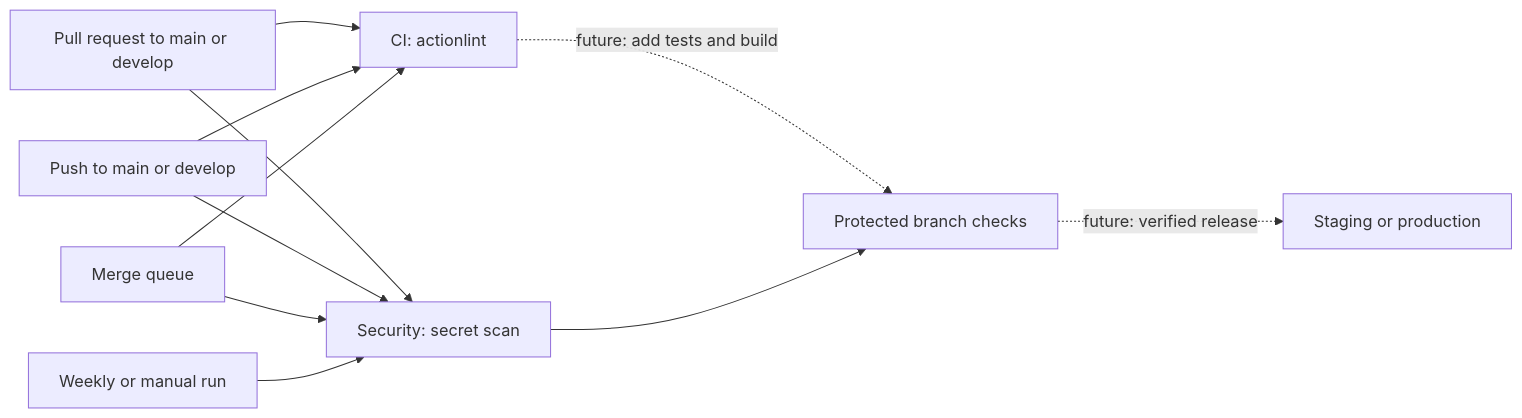
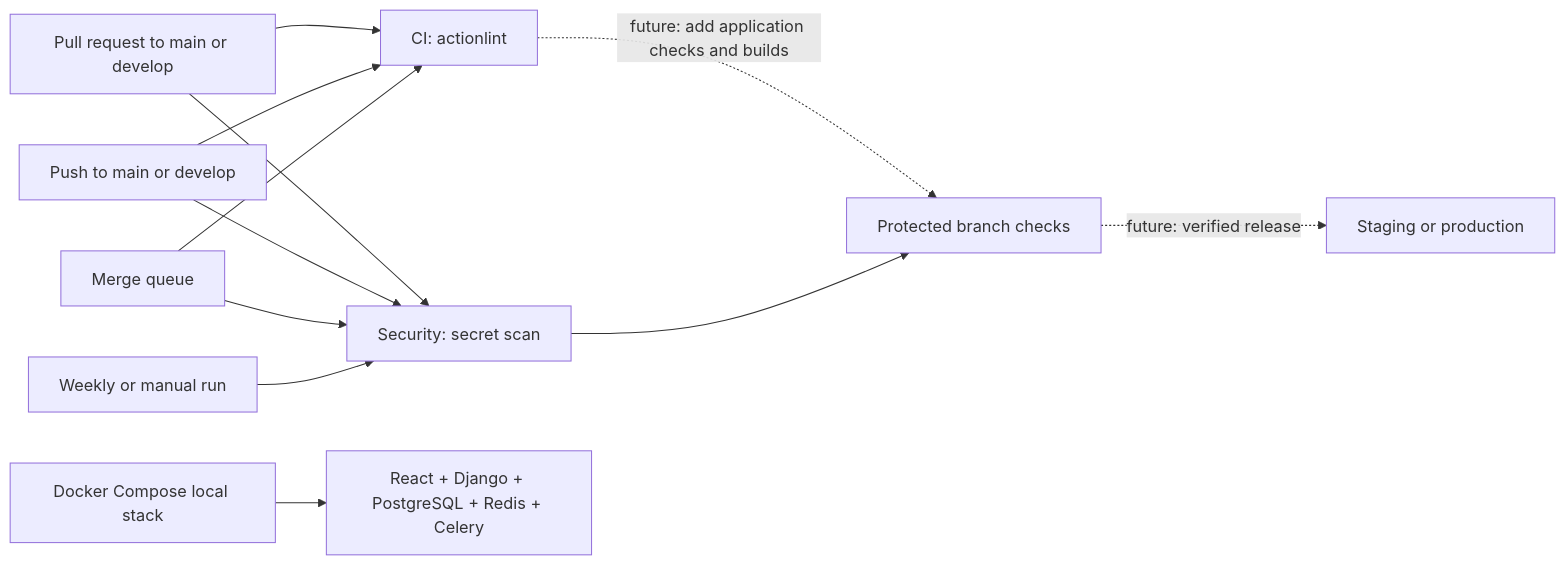
One commit to whyrijin/hack2026 changed the diagram in DEVOPS.md. Above: the diagram before and after it, drawn with Mermaid. The commit also changed other lines of this file and 49 other files, not shown here.

Commit message:
Integrate subscription management, recurring billing, and Docker Compose

````diff
--- a/DEVOPS.md
+++ b/DEVOPS.md
@@ -9,13 +9,14 @@
 ```mermaid
 flowchart LR
   PR[Pull request to main or develop] --> CI[CI: actionlint]
   PR --> Security[Security: secret scan]
   Push[Push to main or develop] --> CI
   Push --> Security
   Queue[Merge queue] --> CI
   Queue --> Security
   Schedule[Weekly or manual run] --> Security
-  CI -. future: add tests and build .-> Gate[Protected branch checks]
+  Compose[Docker Compose local stack] --> App[React + Django + PostgreSQL + Redis + Celery]
+  CI -. future: add application checks and builds .-> Gate[Protected branch checks]
   Security --> Gate
   Gate -. future: verified release .-> Deploy[Staging or production]
 ```
````
